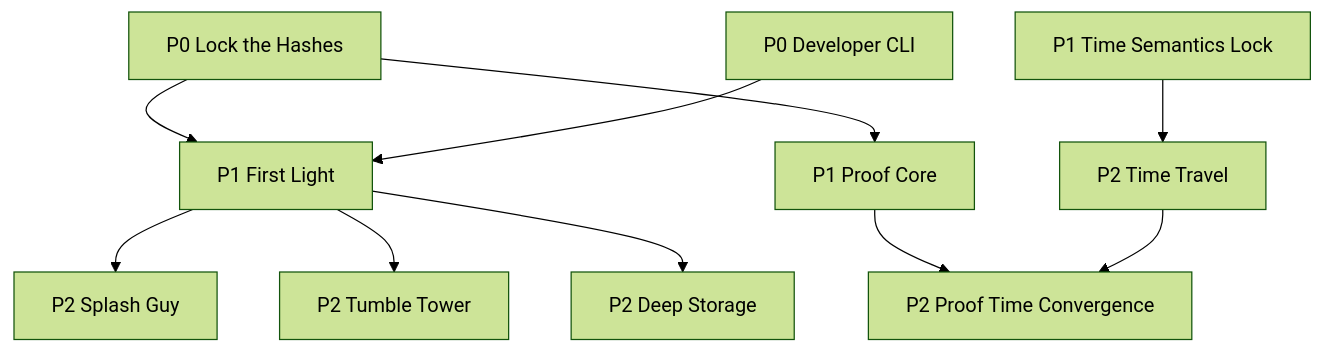
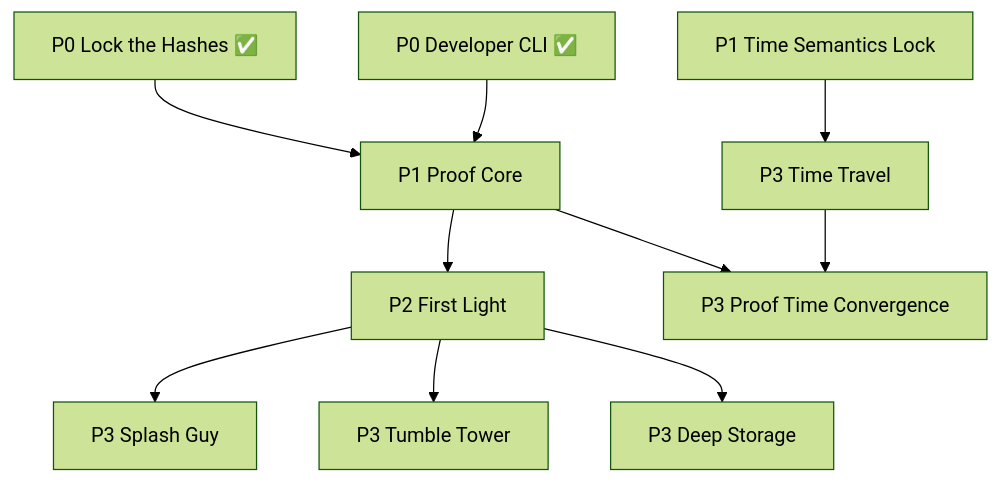
Before and after one commit to flyingrobots/echo: the diagram in docs/ROADMAP.md, drawn with Mermaid (forest theme). The commit also changed other lines of this file and 3 other files, not shown here.

First line of the commit message:
docs: update roadmap — P0 verified, resequence P1→P2→P3

````diff
--- a/docs/ROADMAP.md
+++ b/docs/ROADMAP.md
@@ -22,12 +22,12 @@
 ```mermaid
 flowchart TD
-  A["P0 Lock the Hashes"] --> C["P1 First Light"]
-  A --> D["P1 Proof Core"]
-  B["P0 Developer CLI"] --> C
-  E["P1 Time Semantics Lock"] --> F["P2 Time Travel"]
-  D --> G["P2 Proof Time Convergence"]
+  A["P0 Lock the Hashes ✅"] --> D["P1 Proof Core"]
+  B["P0 Developer CLI ✅"] --> D
+  D --> C["P2 First Light"]
+  E["P1 Time Semantics Lock"] --> F["P3 Time Travel"]
+  D --> G["P3 Proof Time Convergence"]
   F --> G
-  C --> H["P2 Splash Guy"]
-  C --> I["P2 Tumble Tower"]
-  C --> J["P2 Deep Storage"]
+  C --> H["P3 Splash Guy"]
+  C --> I["P3 Tumble Tower"]
+  C --> J["P3 Deep Storage"]
 ```
````
